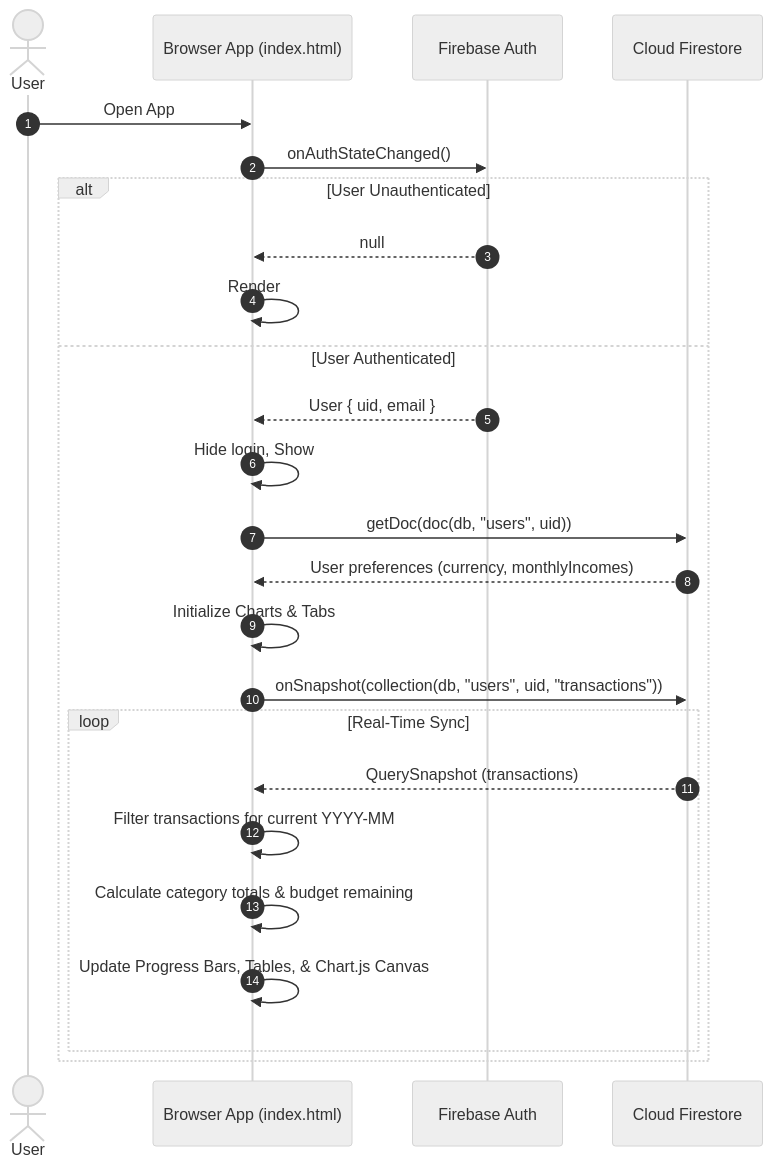
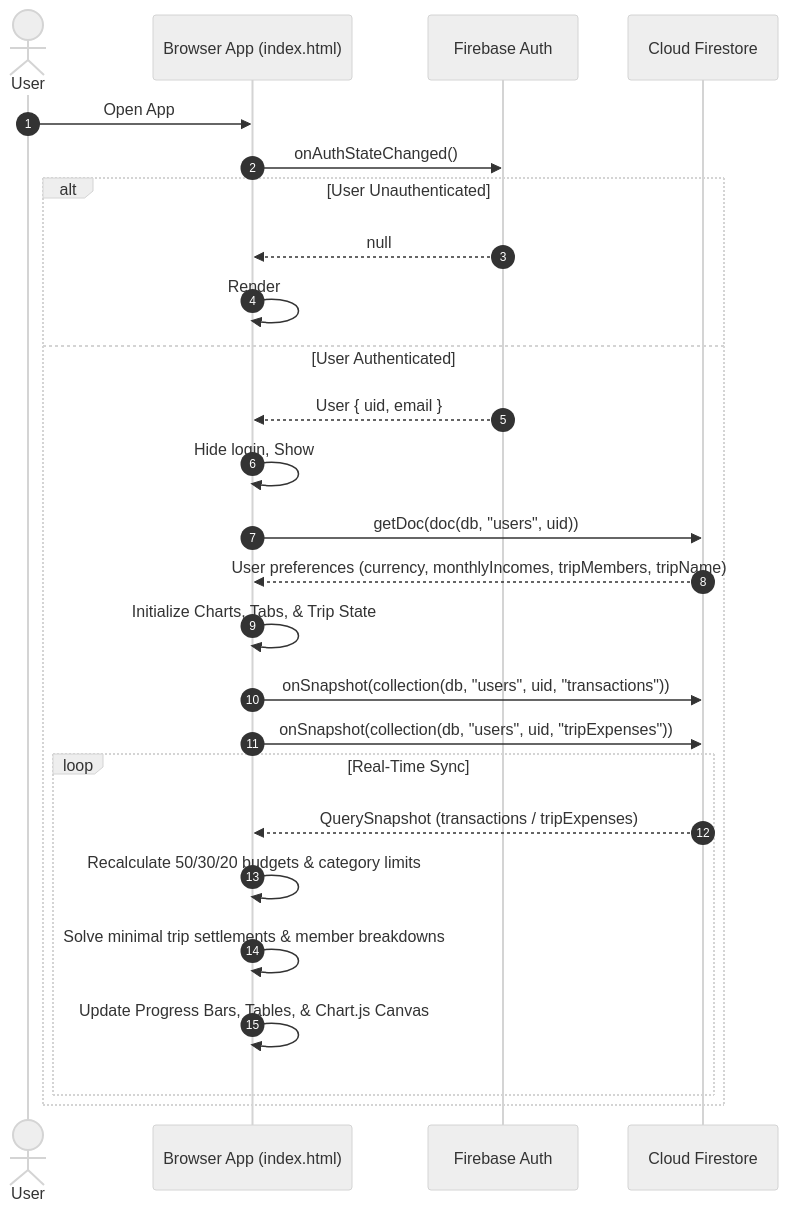
The second of 4 diagrams in GEMINI.md (Giri-FioriDev/Budget-appliction), drawn with Mermaid (neutral theme) before and after one commit. The commit also changed other lines of this file and 1 other file, not shown here.

Commit message:
feat:ure add trip expense splitting documentation and update glassmorphism UI styles

````diff
--- a/GEMINI.md
+++ b/GEMINI.md
@@ -97,28 +99,29 @@
 ```mermaid
 sequenceDiagram
     autonumber
     actor User
     participant App as Browser App (index.html)
     participant Auth as Firebase Auth
     participant DB as Cloud Firestore
 
     User->>App: Open App
     App->>Auth: onAuthStateChanged()
     alt User Unauthenticated
         Auth-->>App: null
         App->>App: Render #login-screen
     else User Authenticated
         Auth-->>App: User { uid, email }
         App->>App: Hide login, Show #app-container
         App->>DB: getDoc(doc(db, "users", uid))
-        DB-->>App: User preferences (currency, monthlyIncomes)
-        App->>App: Initialize Charts & Tabs
+        DB-->>App: User preferences (currency, monthlyIncomes, tripMembers, tripName)
+        App->>App: Initialize Charts, Tabs, & Trip State
         App->>DB: onSnapshot(collection(db, "users", uid, "transactions"))
+        App->>DB: onSnapshot(collection(db, "users", uid, "tripExpenses"))
         loop Real-Time Sync
-            DB-->>App: QuerySnapshot (transactions)
-            App->>App: Filter transactions for current YYYY-MM
-            App->>App: Calculate category totals & budget remaining
+            DB-->>App: QuerySnapshot (transactions / tripExpenses)
+            App->>App: Recalculate 50/30/20 budgets & category limits
+            App->>App: Solve minimal trip settlements & member breakdowns
             App->>App: Update Progress Bars, Tables, & Chart.js Canvas
         end
     end
 ```
````
